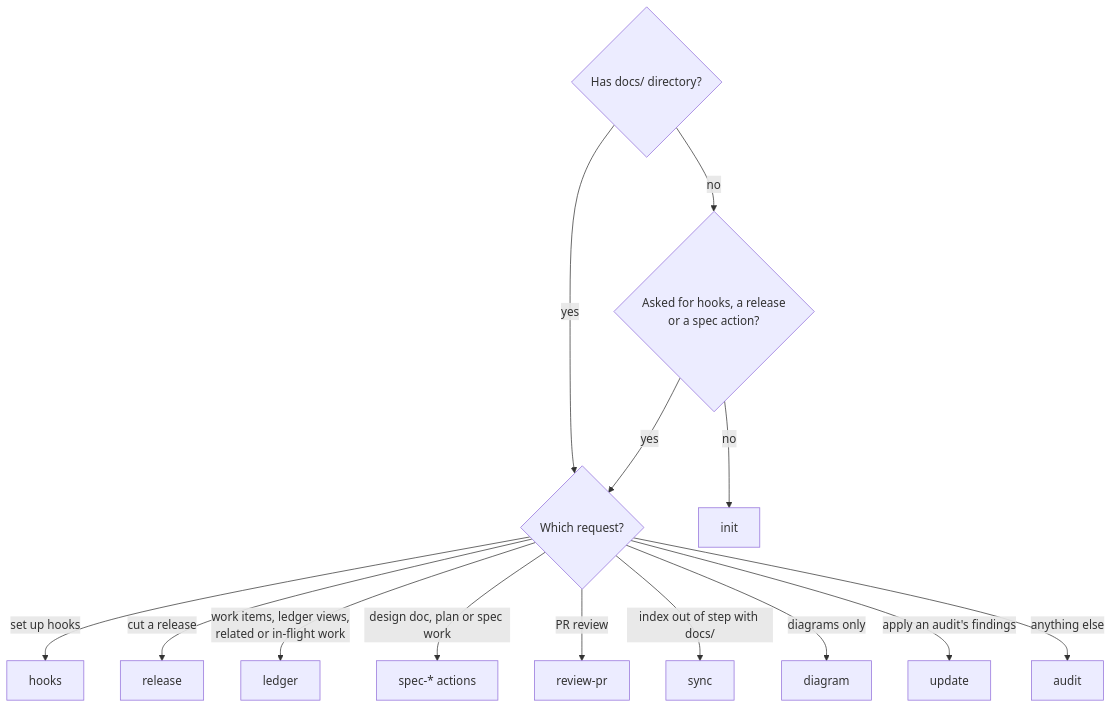
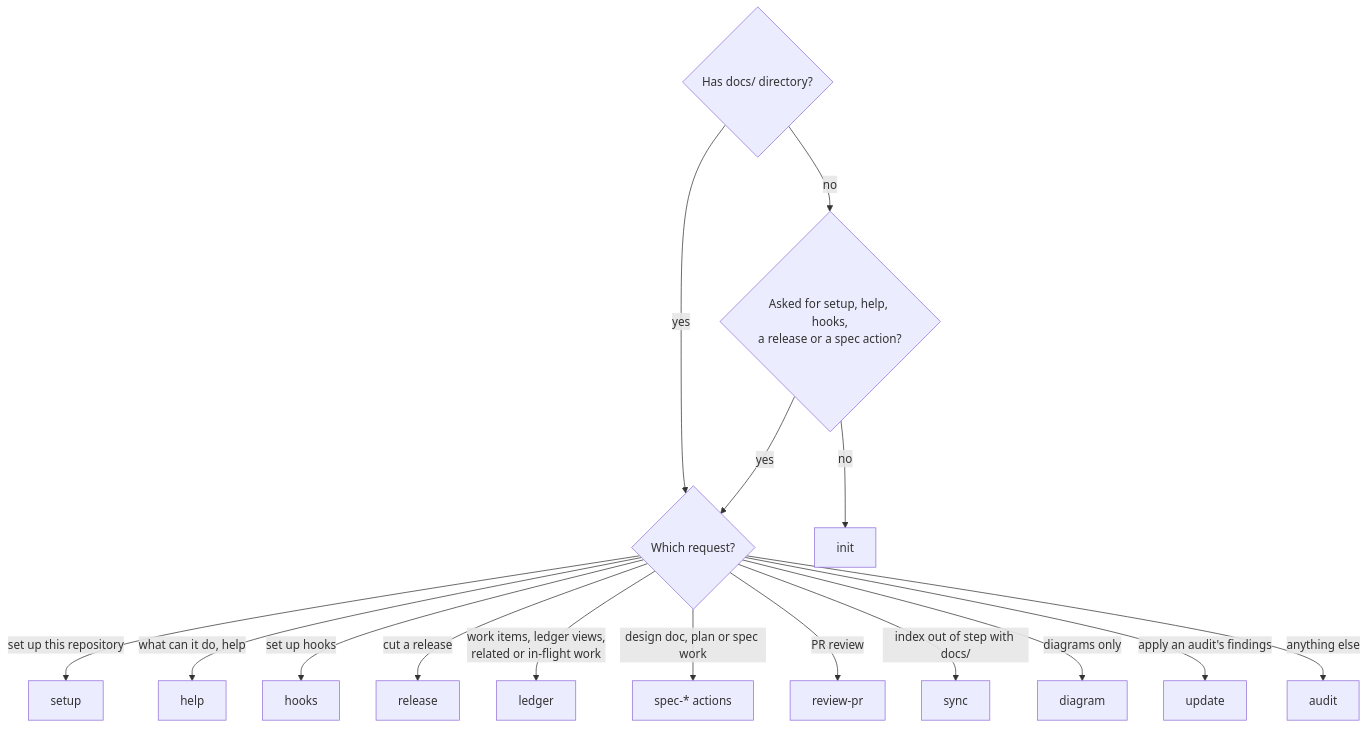
Before and after one commit to woodrowpearson/doc-superpowers: the third of 3 diagrams in skills/doc-superpowers/SKILL.md, drawn with Mermaid. The commit also changed other lines of this file and 10 other files, not shown here.

````diff
--- a/skills/doc-superpowers/SKILL.md
+++ b/skills/doc-superpowers/SKILL.md
@@ -323,16 +327,18 @@
 ```mermaid
 flowchart TD
     A{Has docs/ directory?} -->|yes| R{Which request?}
-    A -->|no| B{Asked for hooks, a release<br>or a spec action?}
+    A -->|no| B{Asked for setup, help, hooks,<br>a release or a spec action?}
     B -->|no| C[init]
     B -->|yes| R
+    R -->|set up this repository| K[setup]
+    R -->|what can it do, help| Q[help]
     R -->|set up hooks| D[hooks]
     R -->|cut a release| F[release]
     R -->|work items, ledger views,<br>related or in-flight work| G[ledger]
     R -->|design doc, plan or spec work| P[spec-* actions]
     R -->|PR review| H[review-pr]
     R -->|index out of step with docs/| S[sync]
     R -->|diagrams only| L[diagram]
     R -->|apply an audit's findings| J[update]
     R -->|anything else| M[audit]
 ```
````
